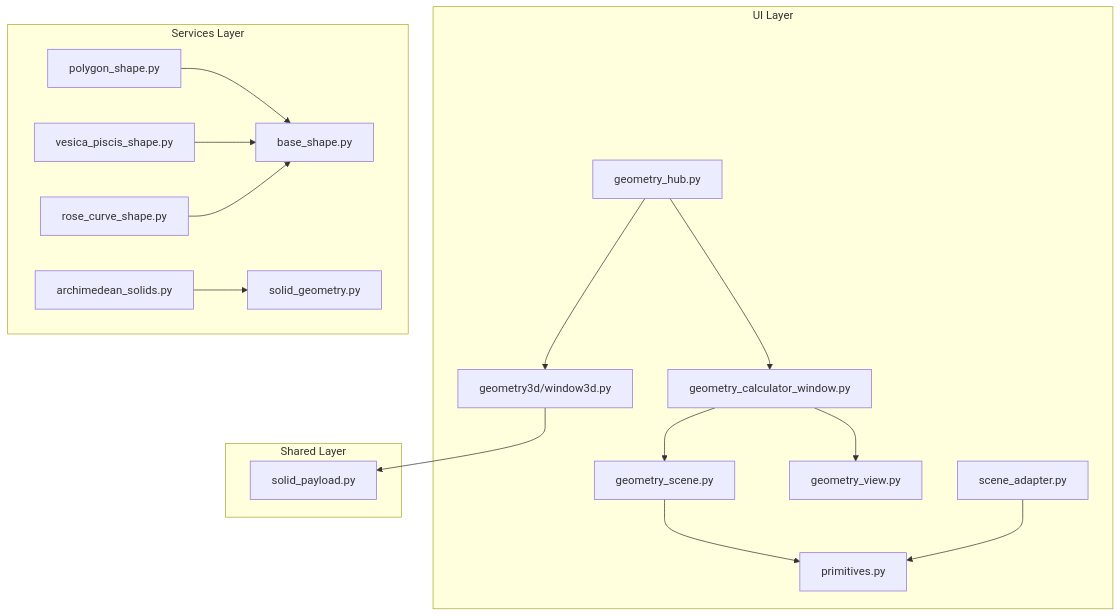
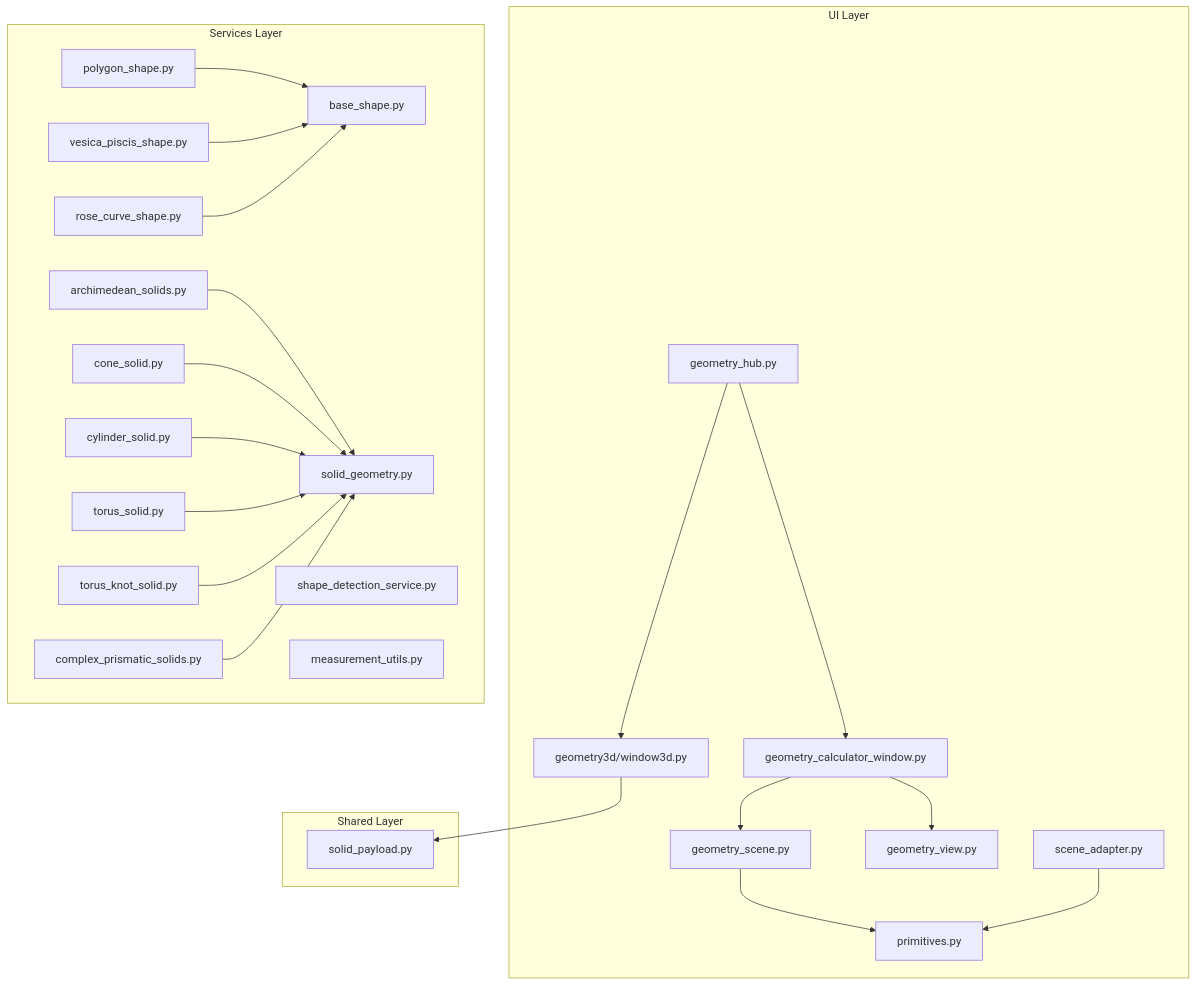
The first of 8 diagrams in .qoder/repowiki/en/content/Architecture Overview/Pillar-Based Architecture/Geometry Pillar/Geometry Pillar.md (TheDaniel166/IsopGem), drawn with Mermaid before and after one commit. The commit also changed other lines of this file and 29 other files, not shown here.

````diff
--- a/.qoder/repowiki/en/content/Architecture Overview/Pillar-Based Architecture/Geometry Pillar/Geometry Pillar.md
+++ b/.qoder/repowiki/en/content/Architecture Overview/Pillar-Based Architecture/Geometry Pillar/Geometry Pillar.md
@@ -48,34 +64,46 @@
 ```mermaid
 graph TB
 subgraph "UI Layer"
 GH["geometry_hub.py"]
 GCW["geometry_calculator_window.py"]
 GSC["geometry_scene.py"]
 GV["geometry_view.py"]
 SA["scene_adapter.py"]
 PR["primitives.py"]
 W3D["geometry3d/window3d.py"]
 end
 subgraph "Services Layer"
 BS["base_shape.py"]
 PS["polygon_shape.py"]
 VS["vesica_piscis_shape.py"]
 RS["rose_curve_shape.py"]
 AS["archimedean_solids.py"]
 SG["solid_geometry.py"]
+CS["cone_solid.py"]
+CY["cylinder_solid.py"]
+TS["torus_solid.py"]
+TK["torus_knot_solid.py"]
+CPS["complex_prismatic_solids.py"]
+SD["shape_detection_service.py"]
+MU["measurement_utils.py"]
 end
 subgraph "Shared Layer"
 SP["solid_payload.py"]
 end
 GH --> GCW
 GH --> W3D
 GCW --> GSC
 GCW --> GV
 GSC --> PR
 SA --> PR
 W3D --> SP
 AS --> SG
 PS --> BS
 VS --> BS
 RS --> BS
+CS --> SG
+CY --> SG
+TS --> SG
+TK --> SG
+CPS --> SG
 ```
````
